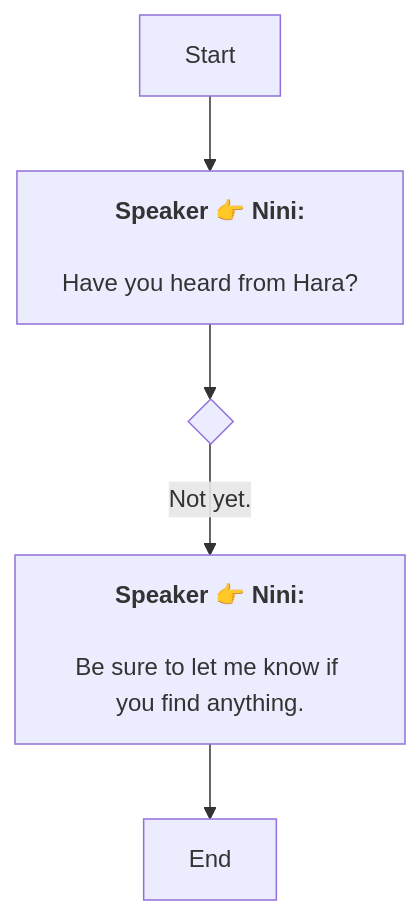
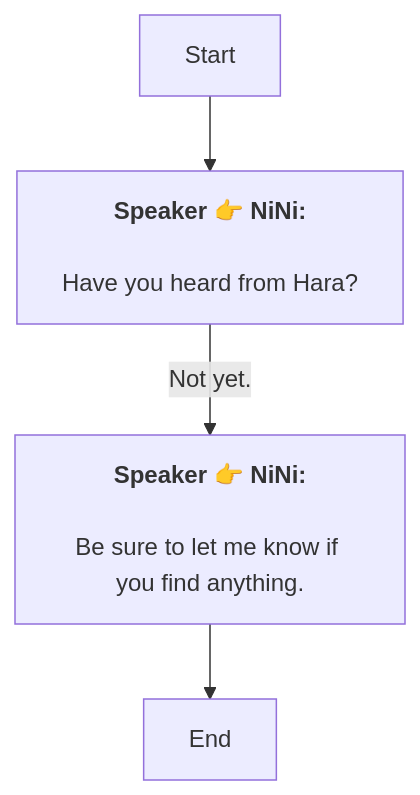
The diagram in En/Dialog_55189291498531.md (SoftHu/tos_avg), drawn with Mermaid before and after one commit. The commit also changed 737 other files, not shown here.

````diff
--- a/En/Dialog_55189291498531.md
+++ b/En/Dialog_55189291498531.md
@@ -1,12 +1,9 @@
 ```mermaid
 graph
-Start -->1766057365595963[<b>Speaker 👉 Nini:</b>
-
-Have you heard from Hara?]
-1766057365595963 -->1766057365596989{ }
-1766057365596989 -->|Not yet.|1766057365596990[<b>Speaker 👉 Nini:</b>
-
-Be sure to let me know if you find anything.]
+Start -->1766057365595963[<b>Speaker 👉 NiNi:</b>
+\nHave you heard from Hara?]
+1766057365595963 -->|Not yet.|1766057365596990[<b>Speaker 👉 NiNi:</b>
+\nBe sure to let me know if you find anything.]
 1766057365596990 -->1766057365598015[End]
 
- ```
+```
````
